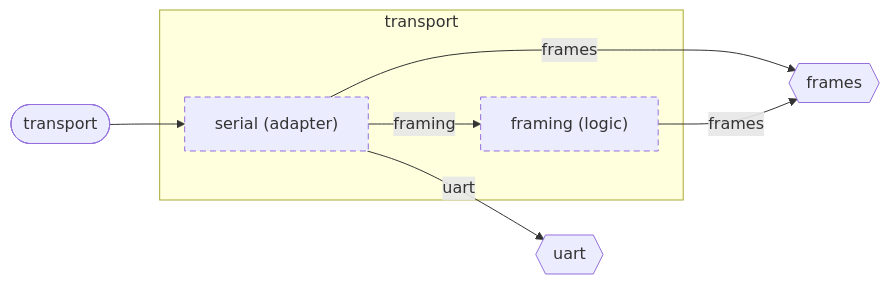
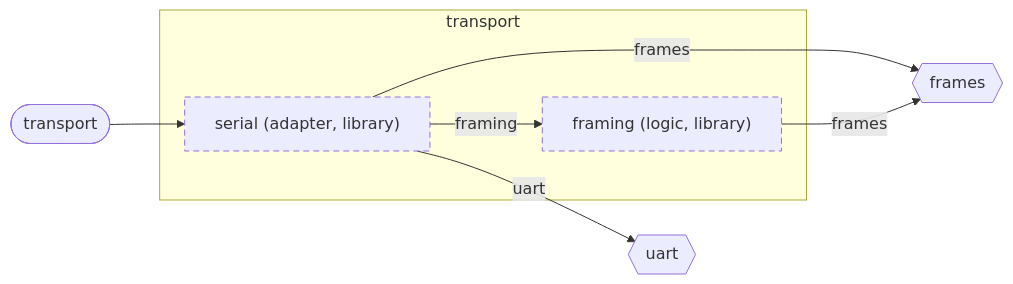
The diagram in examples/serial-line/transport/docs/diagrams/component.md (wackazong/unifold), drawn with Mermaid before and after one commit. The commit also changed other lines of this file and 38 other files, not shown here.

````diff
--- a/examples/serial-line/transport/docs/diagrams/component.md
+++ b/examples/serial-line/transport/docs/diagrams/component.md
@@ -8,20 +8,20 @@
 ```mermaid
 flowchart LR
   subgraph u_transport["transport"]
-    u_transport__framing["framing (logic)"]
-    u_transport__serial["serial (adapter)"]
+    u_transport__framing["framing (logic, library)"]
+    u_transport__serial["serial (adapter, library)"]
   end
   n_transport___frames{{"frames"}}
   n_transport___uart{{"uart"}}
   p_transport___transport(["transport"])
   u_transport__serial -->|"framing"| u_transport__framing
   u_transport__serial -->|"frames"| n_transport___frames
   u_transport__serial -->|"uart"| n_transport___uart
   u_transport__framing -->|"frames"| n_transport___frames
   p_transport___transport --> u_transport__serial
   classDef focus stroke-width:4px
   classDef planned stroke-dasharray:6 4
   classDef deprecated stroke-dasharray:2 2,opacity:0.6
   classDef plain stroke-dasharray:2 3
   class u_transport__framing,u_transport__serial planned
 ```
````
